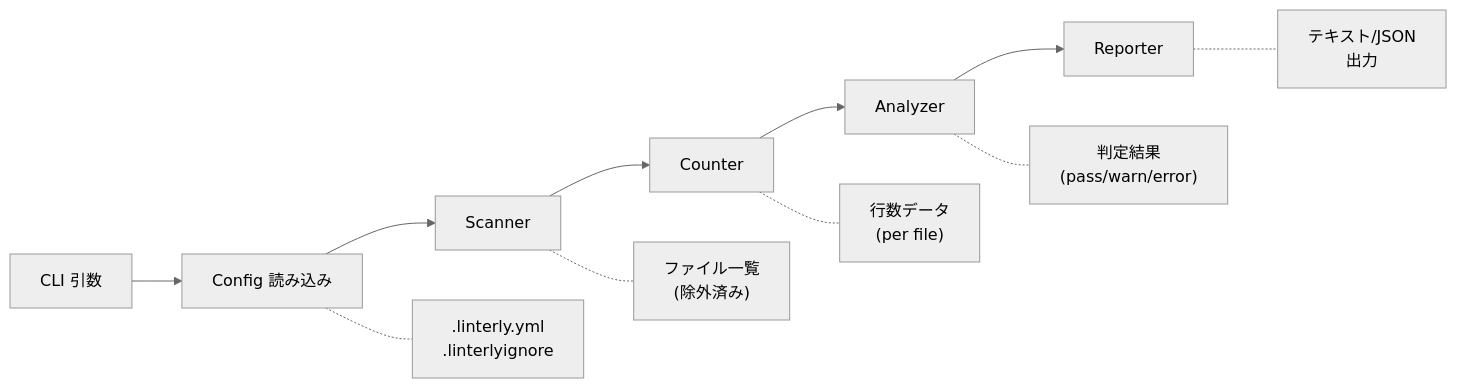
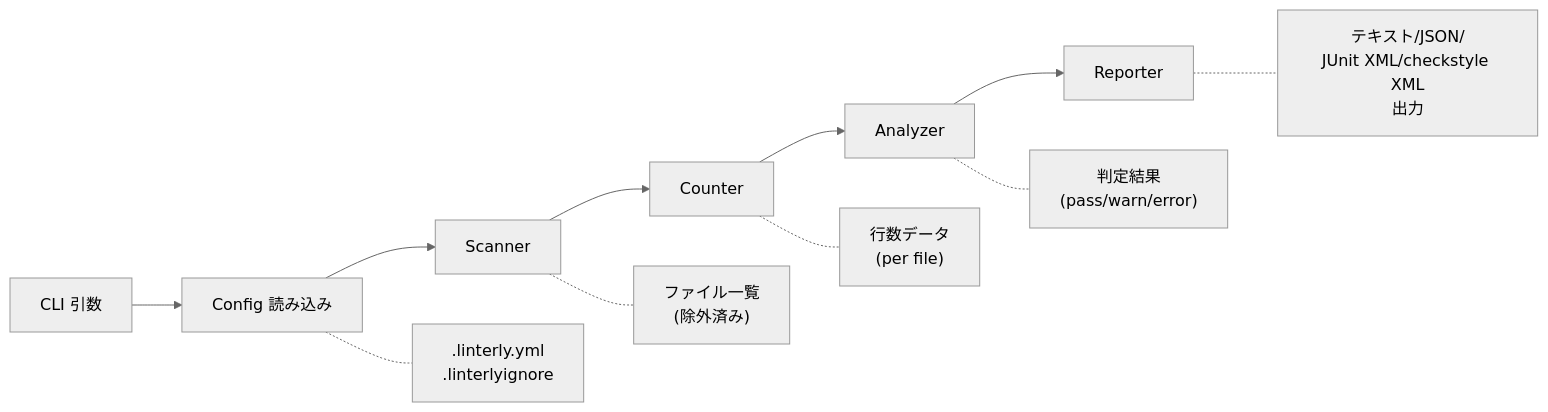
The second of 3 diagrams in docs/architecture/overview.md (ousiassllc/Linterly), drawn with Mermaid (neutral theme) before and after one commit. The commit also changed other lines of this file and 1 other file, not shown here.

````diff
--- a/docs/architecture/overview.md
+++ b/docs/architecture/overview.md
@@ -102,14 +109,14 @@
 ```mermaid
 graph LR
     A["CLI 引数"] --> B["Config 読み込み"]
     B --> C["Scanner"]
     C --> D["Counter"]
     D --> E["Analyzer"]
     E --> F["Reporter"]
 
     B -.- B1[".linterly.yml<br/>.linterlyignore"]
     C -.- C1["ファイル一覧<br/>(除外済み)"]
     D -.- D1["行数データ<br/>(per file)"]
     E -.- E1["判定結果<br/>(pass/warn/error)"]
-    F -.- F1["テキスト/JSON<br/>出力"]
+    F -.- F1["テキスト/JSON/<br/>JUnit XML/checkstyle XML<br/>出力"]
 ```
````
